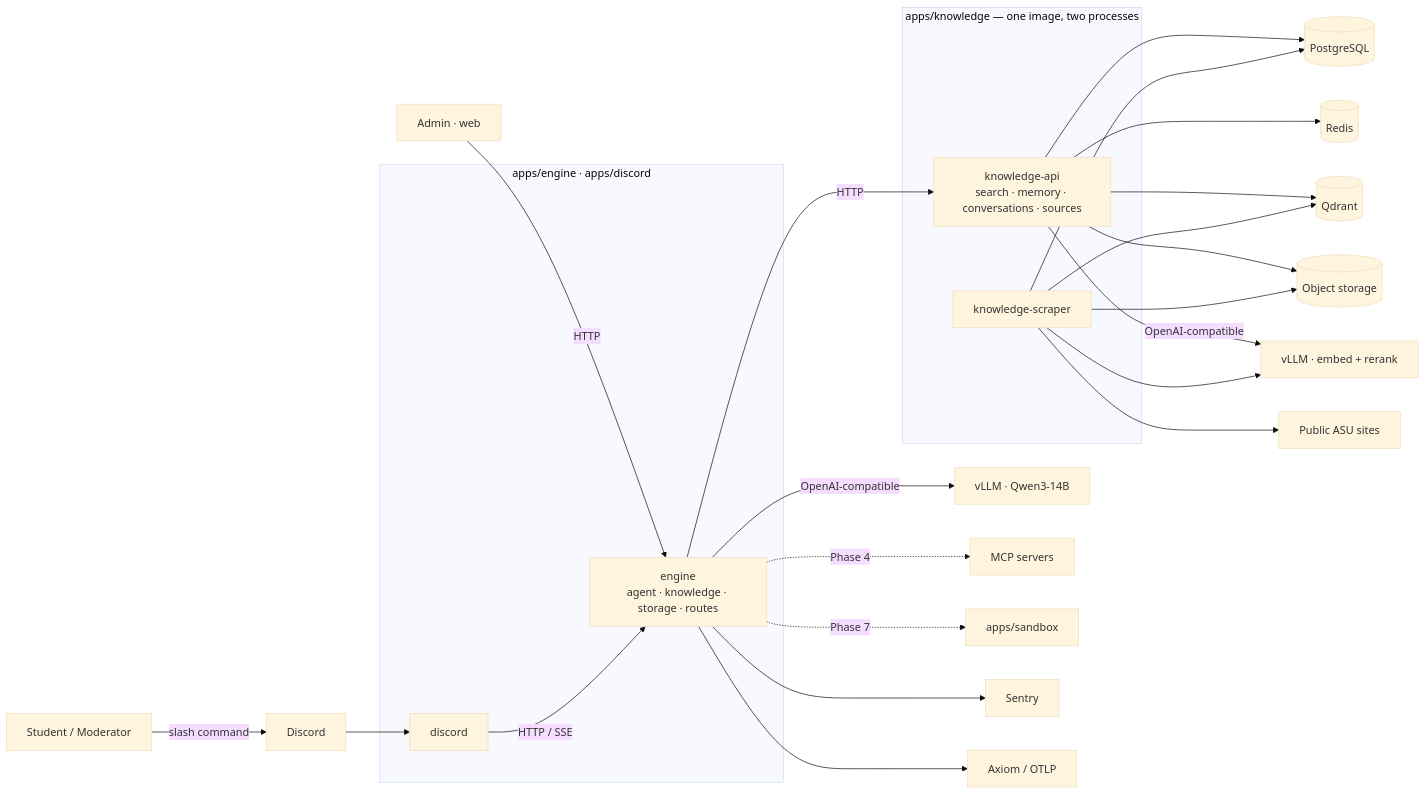
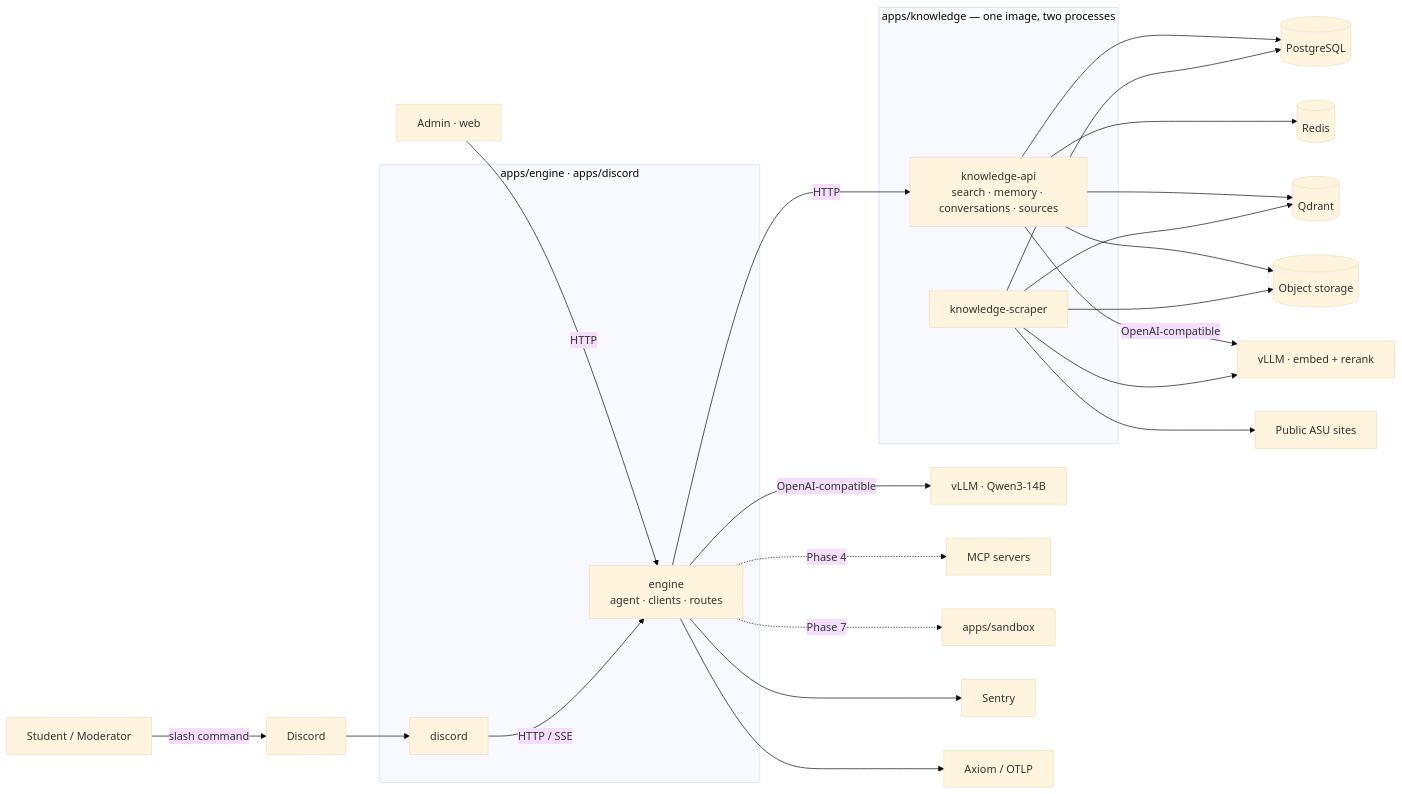
Before and after one commit to ashworks1706/SparkyAI: the first of 9 diagrams in docs/ARCHITECTURE.md, drawn with Mermaid (base theme). The commit also changed other lines of this file and 1 other file, not shown here.

First line of the commit message:
ARCHITECTURE.md: add Stack table, drop stale references

````diff
--- a/docs/ARCHITECTURE.md
+++ b/docs/ARCHITECTURE.md
@@ -11,35 +72,35 @@
 ```mermaid
 flowchart LR
     U[Student / Moderator] -->|slash command| D[Discord]
     A[Admin · web] -->|HTTP| APP
 
     subgraph rust [apps/engine · apps/discord]
         BOT[discord]
-        APP[engine<br/>agent · knowledge · storage · routes]
+        APP[engine<br/>agent · clients · routes]
     end
     D --> BOT
     BOT -->|HTTP / SSE| APP
 
     APP -->|OpenAI-compatible| VLLM[vLLM · Qwen3-14B]
     APP -->|HTTP| KN
     APP -.->|Phase 4| MCP[MCP servers]
     APP -.->|Phase 7| BW[apps/sandbox]
 
     subgraph knowledge [apps/knowledge — one image, two processes]
         KN[knowledge-api<br/>search · memory · conversations · sources]
         ING[knowledge-scraper]
     end
     KN --> PG[(PostgreSQL)]
     KN --> RD[(Redis)]
     KN --> QD[(Qdrant)]
     KN --> S3[(Object storage)]
     KN -->|OpenAI-compatible| EMB[vLLM · embed + rerank]
     ING --> WEB[Public ASU sites]
     ING --> PG
     ING --> QD
     ING --> S3
     ING --> EMB
 
     APP --> SEN[Sentry]
     APP --> AX[Axiom / OTLP]
 ```
````
